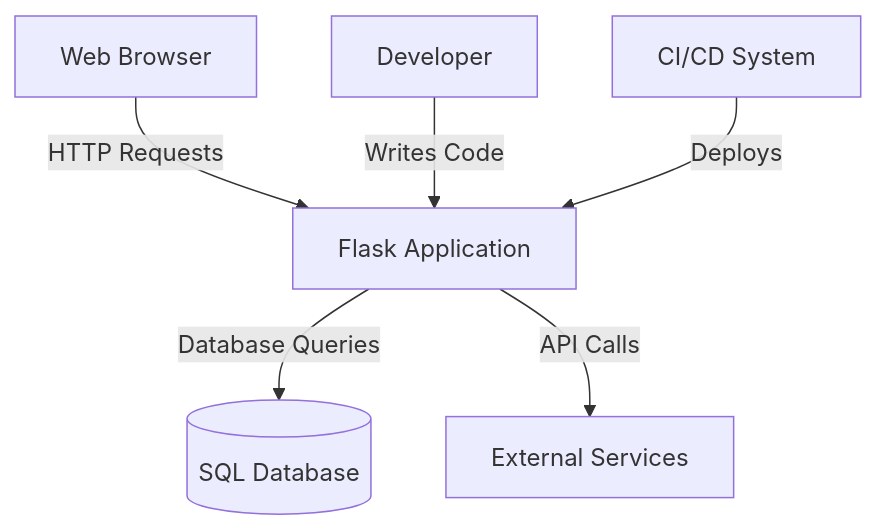
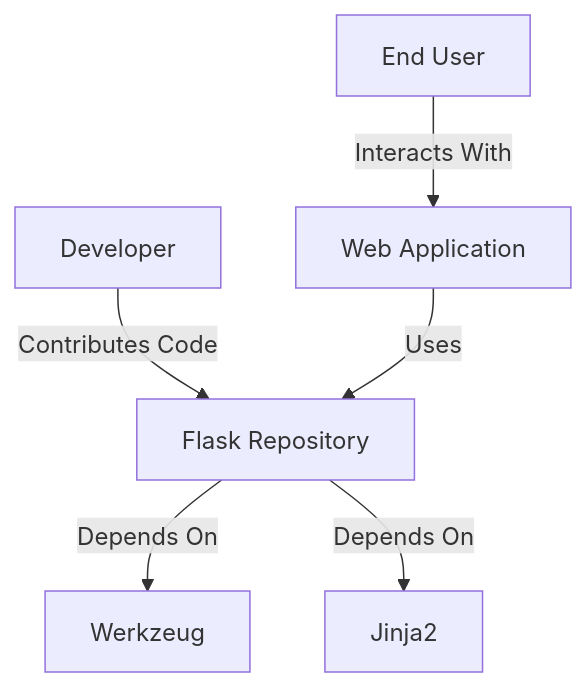
One commit to xvnpw/ai-security-analyzer changed the first of 4 diagrams in examples/github-sec-design-flask-deepseekdeepseek-r1.md. Above: the diagram before and after it, drawn with Mermaid. The commit also changed other lines of this file and 11 other files, not shown here.

````diff
--- a/examples/github-sec-design-flask-deepseekdeepseek-r1.md
+++ b/examples/github-sec-design-flask-deepseekdeepseek-r1.md
@@ -42,8 +45,8 @@
 ```mermaid
 graph TD
-    A[Web Browser] -->|HTTP Requests| B[Flask Application]
-    B -->|Database Queries| C[(SQL Database)]
-    B -->|API Calls| D[External Services]
-    E[Developer] -->|Writes Code| B
-    F[CI/CD System] -->|Deploys| B
+  A[Developer] -->|Contributes Code| B[Flask Repository]
+  B -->|Depends On| C[Werkzeug]
+  B -->|Depends On| D[Jinja2]
+  E[Web Application] -->|Uses| B
+  F[End User] -->|Interacts With| E
 ```
````
